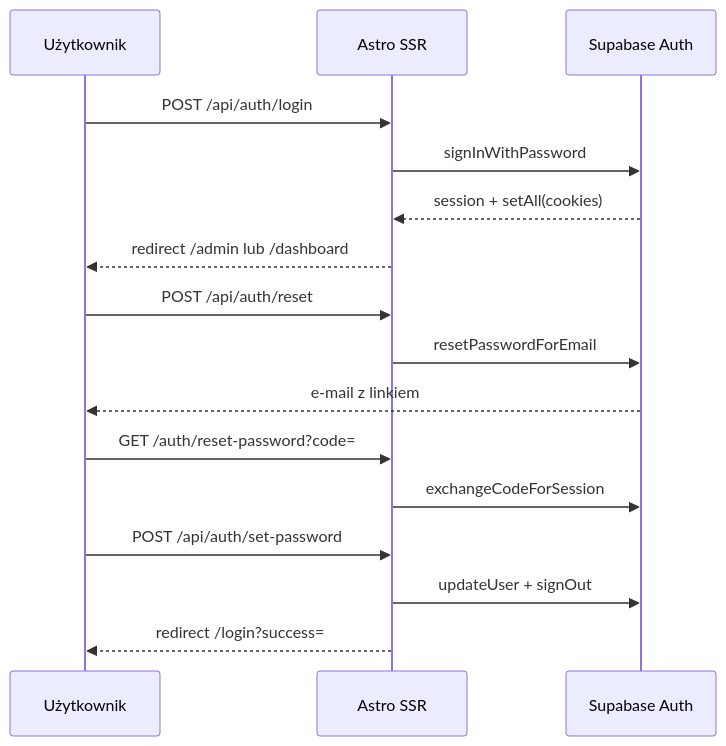
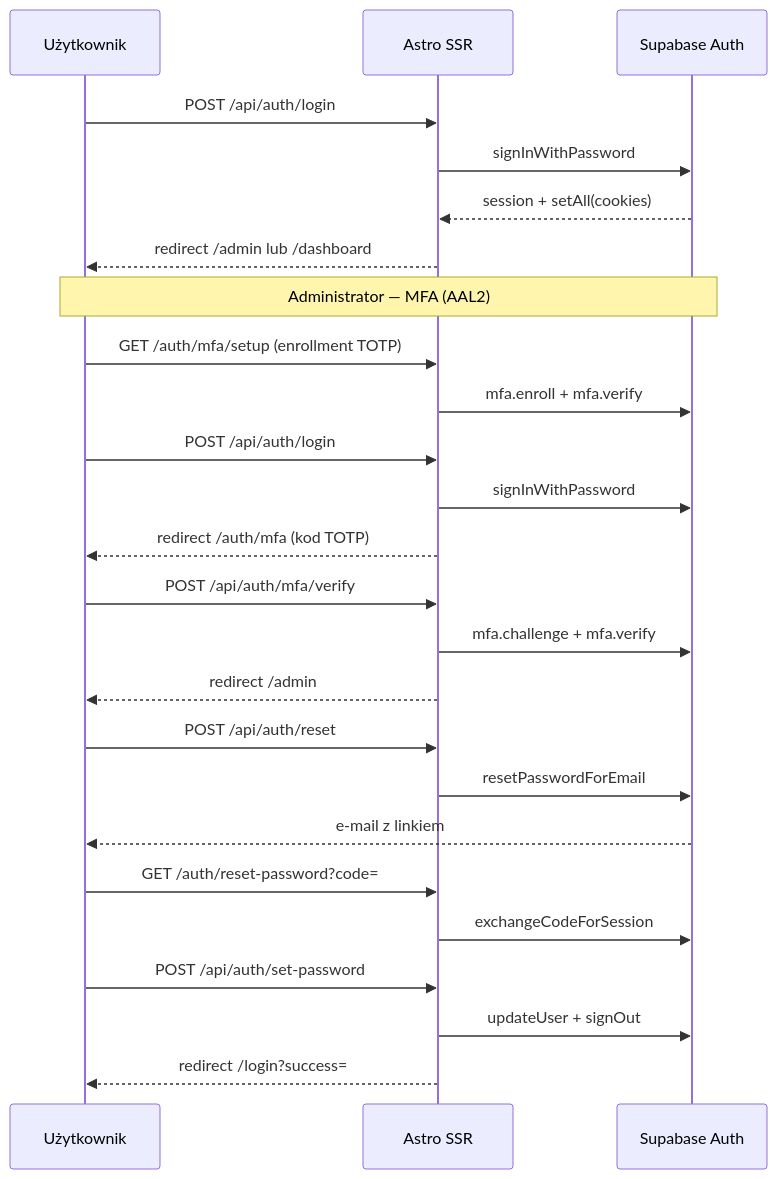
Before and after one commit to mbatorowicz/OmniPress: the diagram in docs/AUTH.md, drawn with Mermaid. The commit also changed other lines of this file and 4 other files, not shown here.

````diff
--- a/docs/AUTH.md
+++ b/docs/AUTH.md
@@ -5,21 +5,31 @@
 ```mermaid
 sequenceDiagram
     participant U as Użytkownik
     participant A as Astro SSR
     participant S as Supabase Auth
 
     U->>A: POST /api/auth/login
     A->>S: signInWithPassword
     S-->>A: session + setAll(cookies)
     A-->>U: redirect /admin lub /dashboard
 
+    Note over U,S: Administrator — MFA (AAL2)
+    U->>A: GET /auth/mfa/setup (enrollment TOTP)
+    A->>S: mfa.enroll + mfa.verify
+    U->>A: POST /api/auth/login
+    A->>S: signInWithPassword
+    A-->>U: redirect /auth/mfa (kod TOTP)
+    U->>A: POST /api/auth/mfa/verify
+    A->>S: mfa.challenge + mfa.verify
+    A-->>U: redirect /admin
+
     U->>A: POST /api/auth/reset
     A->>S: resetPasswordForEmail
     S-->>U: e-mail z linkiem
 
     U->>A: GET /auth/reset-password?code=
     A->>S: exchangeCodeForSession
     U->>A: POST /api/auth/set-password
     A->>S: updateUser + signOut
     A-->>U: redirect /login?success=
 ```
````
